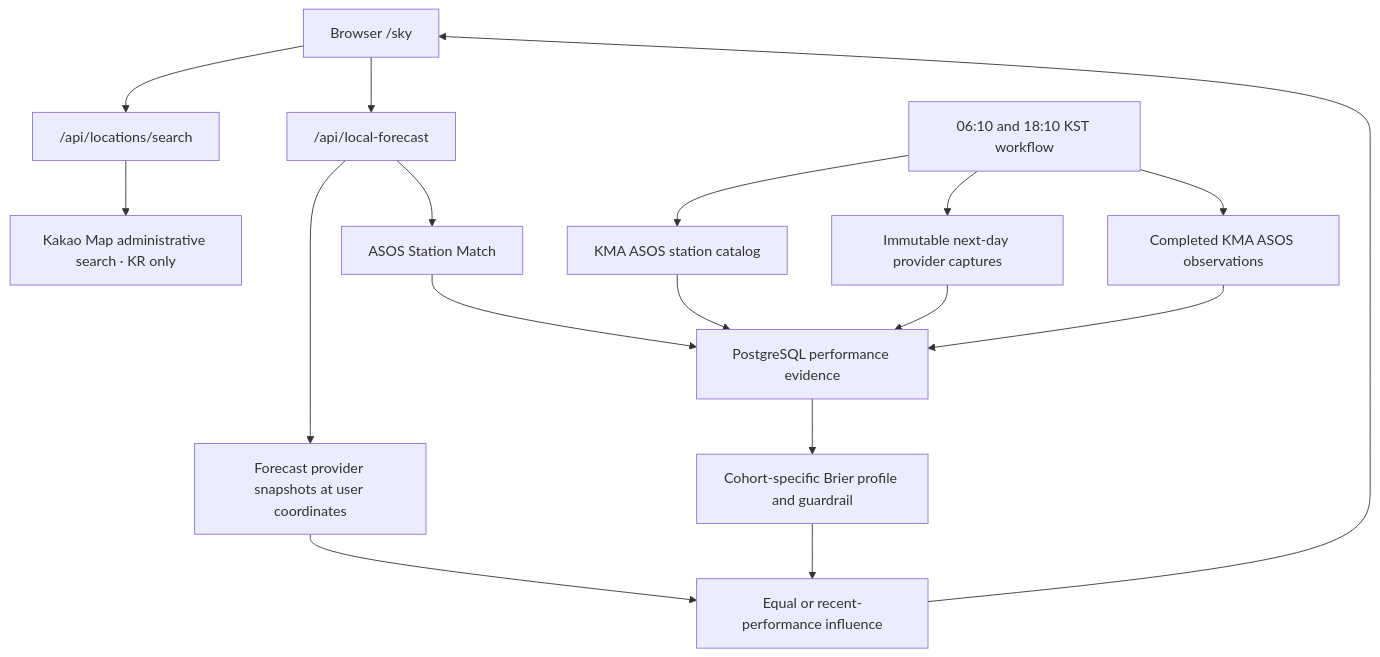
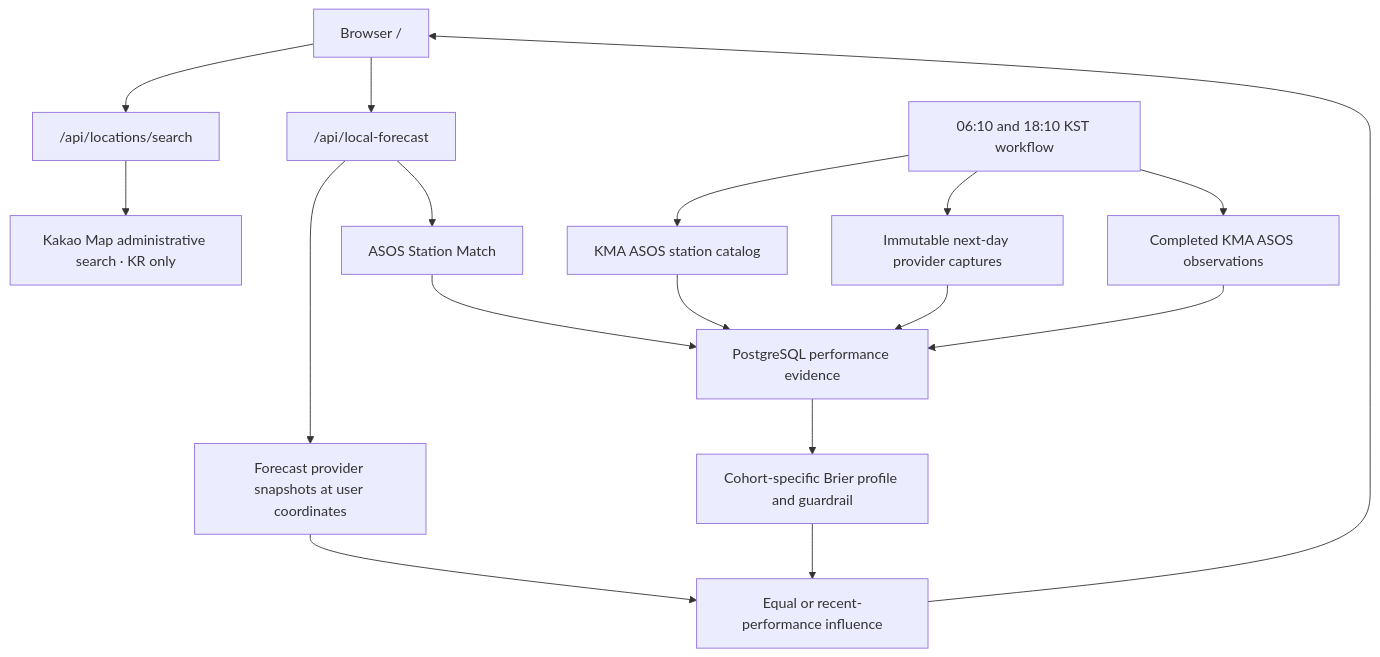
One commit to mhju0/rain-today changed the diagram in README.md. Above: the diagram before and after it, drawn with Mermaid. The commit also changed other lines of this file and 6 other files, not shown here.

````diff
--- a/README.md
+++ b/README.md
@@ -91,20 +91,20 @@
 ```mermaid
 flowchart TB
-  Browser["Browser /sky"] --> Search["/api/locations/search"]
+  Browser["Browser /"] --> Search["/api/locations/search"]
   Browser --> Local["/api/local-forecast"]
   Search --> Geocoding["Kakao Map administrative search · KR only"]
   Local --> Providers["Forecast provider snapshots at user coordinates"]
   Local --> Match["ASOS Station Match"]
   Match --> Database["PostgreSQL performance evidence"]
   Providers --> Blend["Equal or recent-performance influence"]
   Database --> Profile["Cohort-specific Brier profile and guardrail"]
   Profile --> Blend
   Blend --> Browser
 
   Schedule["06:10 and 18:10 KST workflow"] --> Catalog["KMA ASOS station catalog"]
   Schedule --> Captures["Immutable next-day provider captures"]
   Schedule --> Observations["Completed KMA ASOS observations"]
   Catalog --> Database
   Captures --> Database
   Observations --> Database
 ```
````
